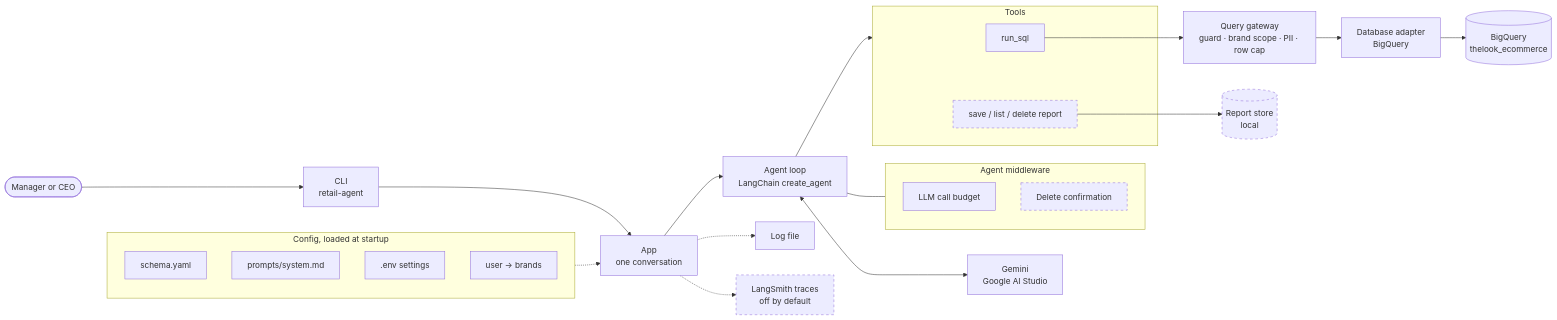
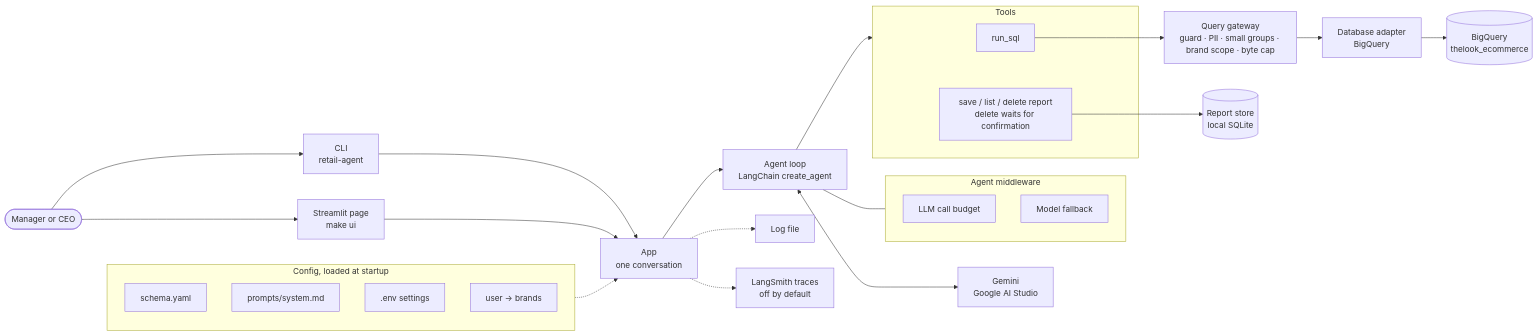
One commit to AmanzholDaribay/retail-data-agent changed the first of 7 diagrams in docs/hld.md. Above: the diagram before and after it, drawn with Mermaid. The commit also changed other lines of this file, not shown here.

First line of the commit message:
Mark built parts as built in the HLD and add the Streamlit page

````diff
--- a/docs/hld.md
+++ b/docs/hld.md
@@ -9,38 +9,37 @@
 ```mermaid
 flowchart LR
     user(["Manager or CEO"]) --> cli["CLI<br/>retail-agent"]
+    user --> ui["Streamlit page<br/>make ui"]
     cli --> app["App<br/>one conversation"]
+    ui --> app
     app --> agent["Agent loop<br/>LangChain create_agent"]
     agent <--> llm["Gemini<br/>Google AI Studio"]
 
     subgraph middleware["Agent middleware"]
         budget["LLM call budget"]
-        confirm["Delete confirmation"]
+        fallback["Model fallback"]
     end
     agent --- middleware
 
     subgraph tools["Tools"]
         run_sql["run_sql"]
-        report_tools["save / list / delete report"]
+        report_tools["save / list / delete report<br/>delete waits for confirmation"]
     end
     agent --> tools
 
-    run_sql --> gateway["Query gateway<br/>guard · brand scope · PII · row cap"]
+    run_sql --> gateway["Query gateway<br/>guard · PII · small groups · brand scope · byte cap"]
     gateway --> adapter["Database adapter<br/>BigQuery"]
     adapter --> bq[("BigQuery<br/>thelook_ecommerce")]
-    report_tools --> store[("Report store<br/>local")]
+    report_tools --> store[("Report store<br/>local SQLite")]
 
     subgraph config["Config, loaded at startup"]
         schema["schema.yaml"]
         prompt["prompts/system.md"]
         env[".env settings"]
         access["user → brands"]
     end
     config -.-> app
 
     app -.-> logs["Log file"]
     app -.-> langsmith["LangSmith traces<br/>off by default"]
-
-    classDef planned stroke-dasharray: 5 5
-    class confirm,report_tools,store,langsmith planned
 ```
````
